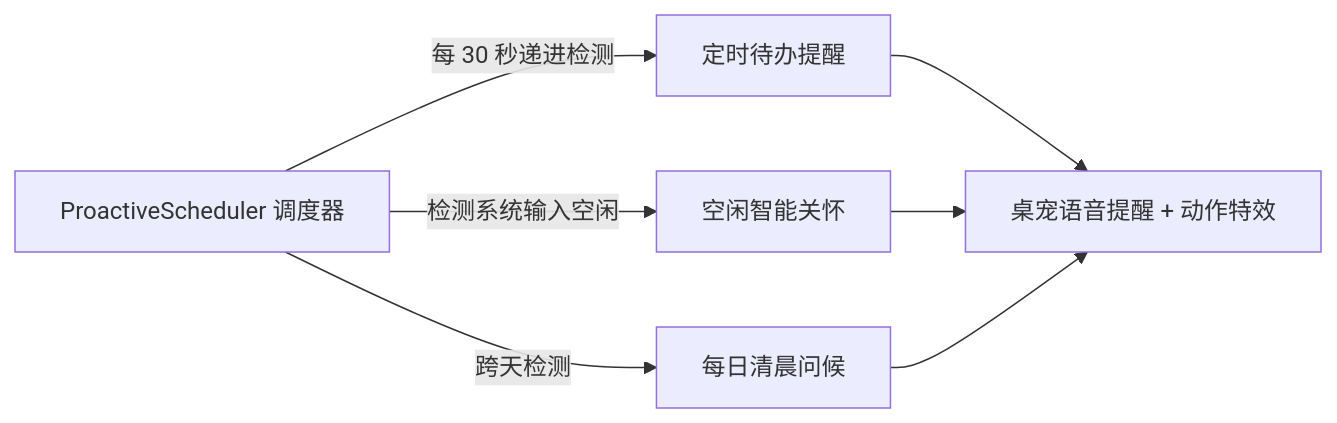
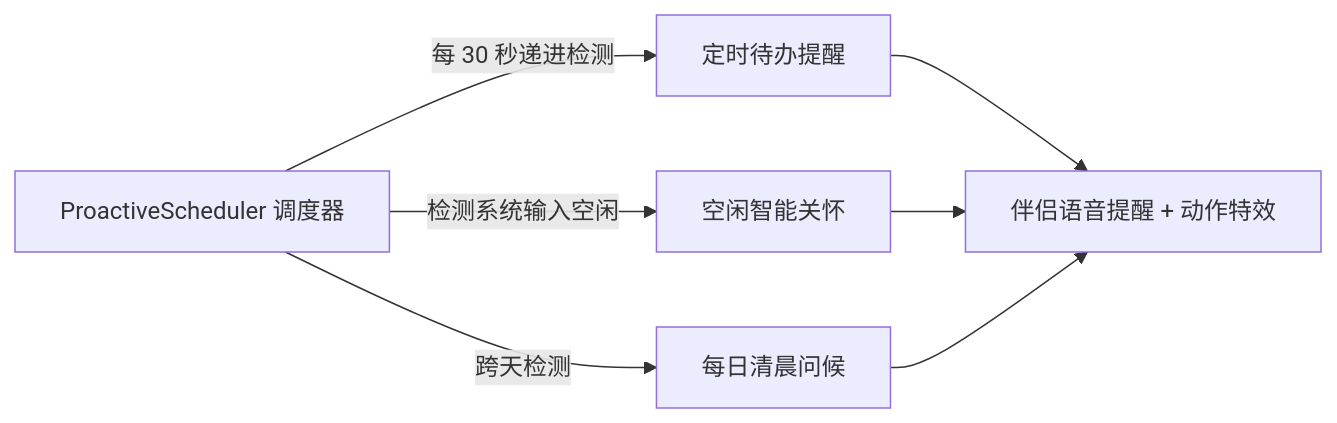
Before and after one commit to MF-Dust/Nori.Docs: the diagram in docs/guide/skills-reminders.md, drawn with Mermaid. The commit also changed other lines of this file and 39 other files, not shown here.

````diff
--- a/docs/guide/skills-reminders.md
+++ b/docs/guide/skills-reminders.md
@@ -51,12 +51,12 @@
 ```mermaid
 flowchart LR
     SCHED[ProactiveScheduler 调度器]
     
     SCHED -->|每 30 秒递进检测| REMIND[定时待办提醒]
     SCHED -->|检测系统输入空闲| IDLE[空闲智能关怀]
     SCHED -->|跨天检测| GREET[每日清晨问候]
 
-    REMIND --> NOTIFY[桌宠语音提醒 + 动作特效]
+    REMIND --> NOTIFY[伴侣语音提醒 + 动作特效]
     IDLE --> NOTIFY
     GREET --> NOTIFY
 ```
````
